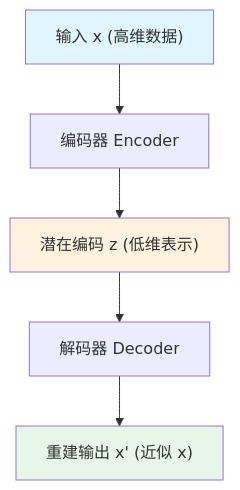
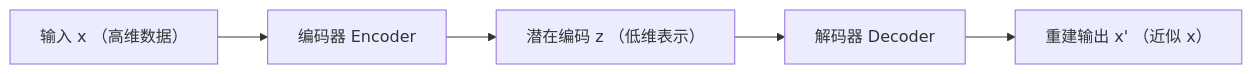
One commit to fenixsoft/dmla changed the first of 6 diagrams in docs/deep-learning/generative-models/vae.md. Above: the diagram before and after it, drawn with Mermaid. The commit also changed other lines of this file and 20 other files, not shown here.

````diff
--- a/docs/deep-learning/generative-models/vae.md
+++ b/docs/deep-learning/generative-models/vae.md
@@ -19,11 +13,7 @@
-```mermaid
-graph TB
-    A["输入 x (高维数据)"] --> B["编码器 Encoder"]
-    B --> C["潜在编码 z (低维表示)"]
+```mermaid compact
+graph LR
+    A["输入 x （高维数据）"] --> B["编码器 Encoder"]
+    B --> C["潜在编码 z （低维表示）"]
     C --> D["解码器 Decoder"]
-    D --> E["重建输出 x' (近似 x)"]
-    
-    style A fill:#e1f5fe
-    style C fill:#fff3e0
-    style E fill:#e8f5e9
+    D --> E["重建输出 x' （近似 x）"]
 ```
````
